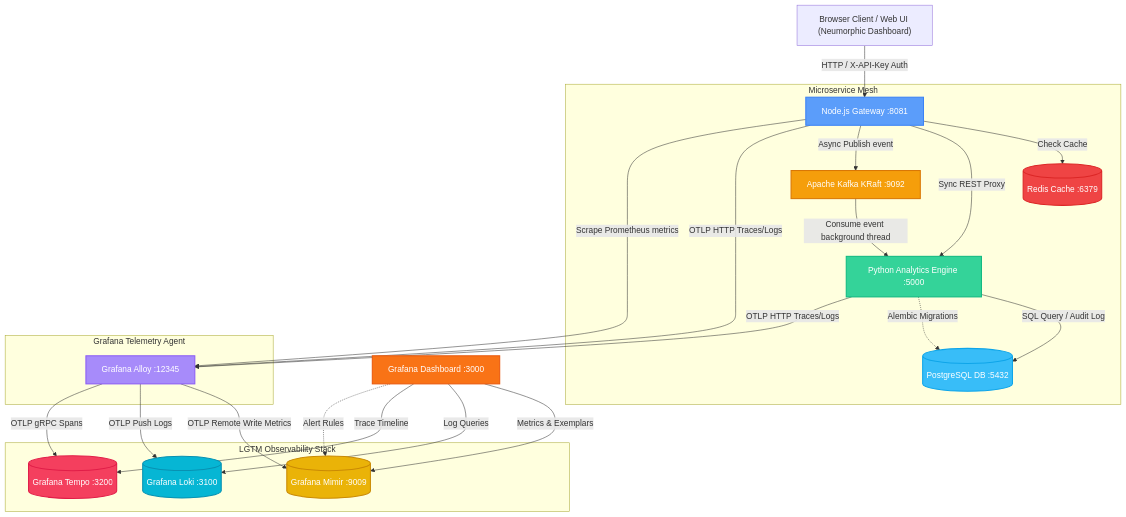
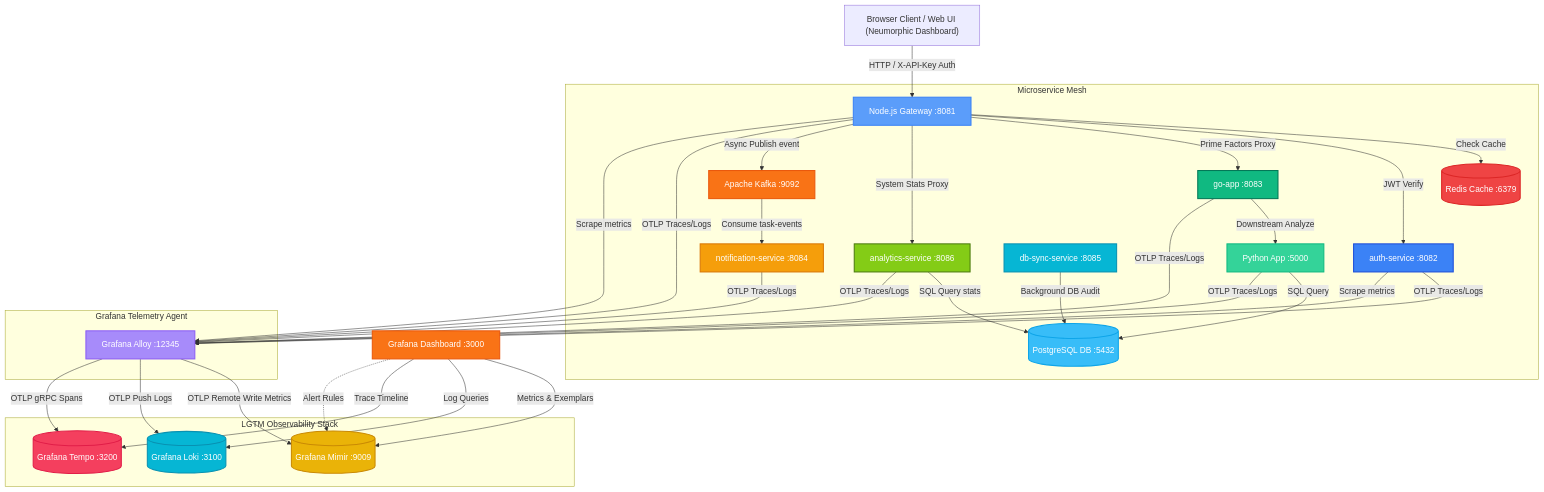
Before and after one commit to bh-gaur/LGTM: the diagram in architecture.md, drawn with Mermaid. The commit also changed other lines of this file, not shown here.

````diff
--- a/architecture.md
+++ b/architecture.md
@@ -9,52 +9,69 @@
 ```mermaid
 graph TD
     %% User/Client layer
     User["Browser Client / Web UI (Neumorphic Dashboard)"] -->|HTTP / X-API-Key Auth| NodeApp[Node.js Gateway :8081]
     
     %% Gateway and Application Microservices
     subgraph Microservice Mesh
         NodeApp -->|Check Cache| Redis[(Redis Cache :6379)]
-        NodeApp -->|Sync REST Proxy| PyApp[Python Analytics Engine :5000]
-        NodeApp -->|Async Publish event| Kafka[Apache Kafka KRaft :9092]
-        Kafka -->|Consume event background thread| PyApp
-        PyApp -->|SQL Query / Audit Log| Postgres[(PostgreSQL DB :5432)]
-        PyApp -.->|Alembic Migrations| Postgres
+        NodeApp -->|JWT Verify| AuthService[auth-service :8082]
+        NodeApp -->|Prime Factors Proxy| GoApp[go-app :8083]
+        NodeApp -->|System Stats Proxy| Analytics[analytics-service :8086]
+        NodeApp -->|Async Publish event| Kafka[Apache Kafka :9092]
+        
+        GoApp -->|Downstream Analyze| PyApp[Python App :5000]
+        Kafka -->|Consume task-events| NotifService[notification-service :8084]
+        
+        PyApp -->|SQL Query| Postgres[(PostgreSQL DB :5432)]
+        Analytics -->|SQL Query stats| Postgres
+        DbSync[db-sync-service :8085] -->|Background DB Audit| Postgres
     end
 
     %% Telemetry Collection Layer
     subgraph Grafana Telemetry Agent
         Alloy[Grafana Alloy :12345]
-        NodeApp -->|OTLP HTTP Traces/Logs| Alloy
-        PyApp -->|OTLP HTTP Traces/Logs| Alloy
-        NodeApp -->|Scrape Prometheus metrics| Alloy
+        NodeApp -->|OTLP Traces/Logs| Alloy
+        AuthService -->|OTLP Traces/Logs| Alloy
+        GoApp -->|OTLP Traces/Logs| Alloy
+        PyApp -->|OTLP Traces/Logs| Alloy
+        NotifService -->|OTLP Traces/Logs| Alloy
+        Analytics -->|OTLP Traces/Logs| Alloy
+        
+        NodeApp -->|Scrape metrics| Alloy
+        AuthService -->|Scrape metrics| Alloy
     end
 
     %% Storage Backends
     subgraph LGTM Observability Stack
         Mimir[(Grafana Mimir :9009)]
         Loki[(Grafana Loki :3100)]
         Tempo[(Grafana Tempo :3200)]
         
         Alloy -->|OTLP Remote Write Metrics| Mimir
         Alloy -->|OTLP Push Logs| Loki
         Alloy -->|OTLP gRPC Spans| Tempo
     end
 
     %% Visualization Layer
     Grafana[Grafana Dashboard :3000] -->|Metrics & Exemplars| Mimir
     Grafana -->|Log Queries| Loki
     Grafana -->|Trace Timeline| Tempo
     Grafana -.->|Alert Rules| Mimir
 
     %% Color Styling
     style NodeApp fill:#5b9dfa,stroke:#3b82f6,stroke-width:2px,color:#fff
+    style AuthService fill:#3b82f6,stroke:#1d4ed8,stroke-width:2px,color:#fff
+    style GoApp fill:#10b981,stroke:#047857,stroke-width:2px,color:#fff
+    style PyApp fill:#34d399,stroke:#10b981,stroke-width:2px,color:#fff
+    style NotifService fill:#f59e0b,stroke:#d97706,stroke-width:2px,color:#fff
+    style Analytics fill:#84cc16,stroke:#4d7c0f,stroke-width:2px,color:#fff
+    style DbSync fill:#06b6d4,stroke:#0891b2,stroke-width:2px,color:#fff
     style Redis fill:#ef4444,stroke:#dc2626,stroke-width:2px,color:#fff
-    style Kafka fill:#f59e0b,stroke:#d97706,stroke-width:2px,color:#fff
-    style PyApp fill:#34d399,stroke:#10b981,stroke-width:2px,color:#fff
+    style Kafka fill:#f97316,stroke:#ea580c,stroke-width:2px,color:#fff
     style Postgres fill:#38bdf8,stroke:#0ea5e9,stroke-width:2px,color:#fff
     style Alloy fill:#a78bfa,stroke:#8b5cf6,stroke-width:2px,color:#fff
     style Mimir fill:#eab308,stroke:#ca8a04,stroke-width:2px,color:#fff
     style Loki fill:#06b6d4,stroke:#0891b2,stroke-width:2px,color:#fff
     style Tempo fill:#f43f5e,stroke:#e11d48,stroke-width:2px,color:#fff
     style Grafana fill:#f97316,stroke:#ea580c,stroke-width:2px,color:#fff
 ```
````
